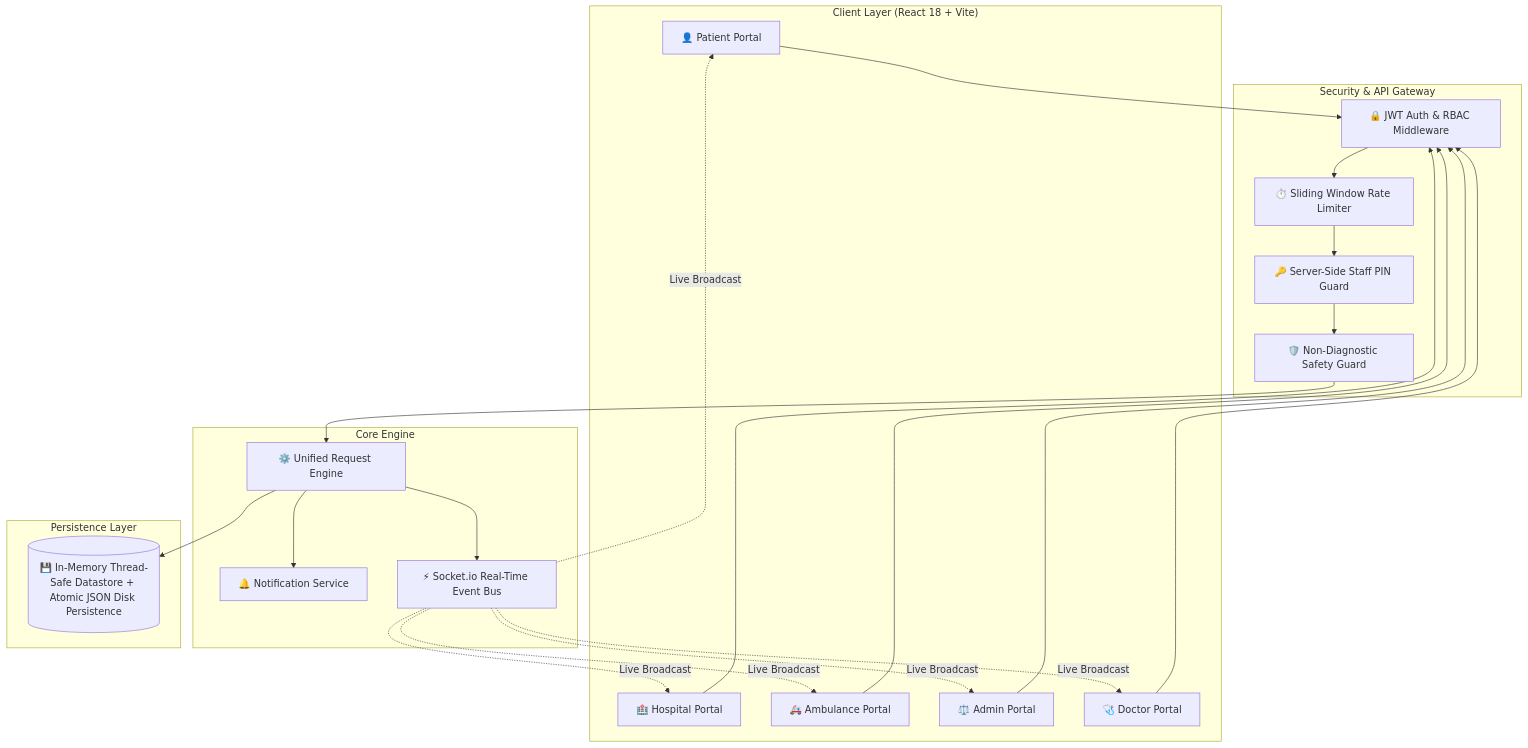
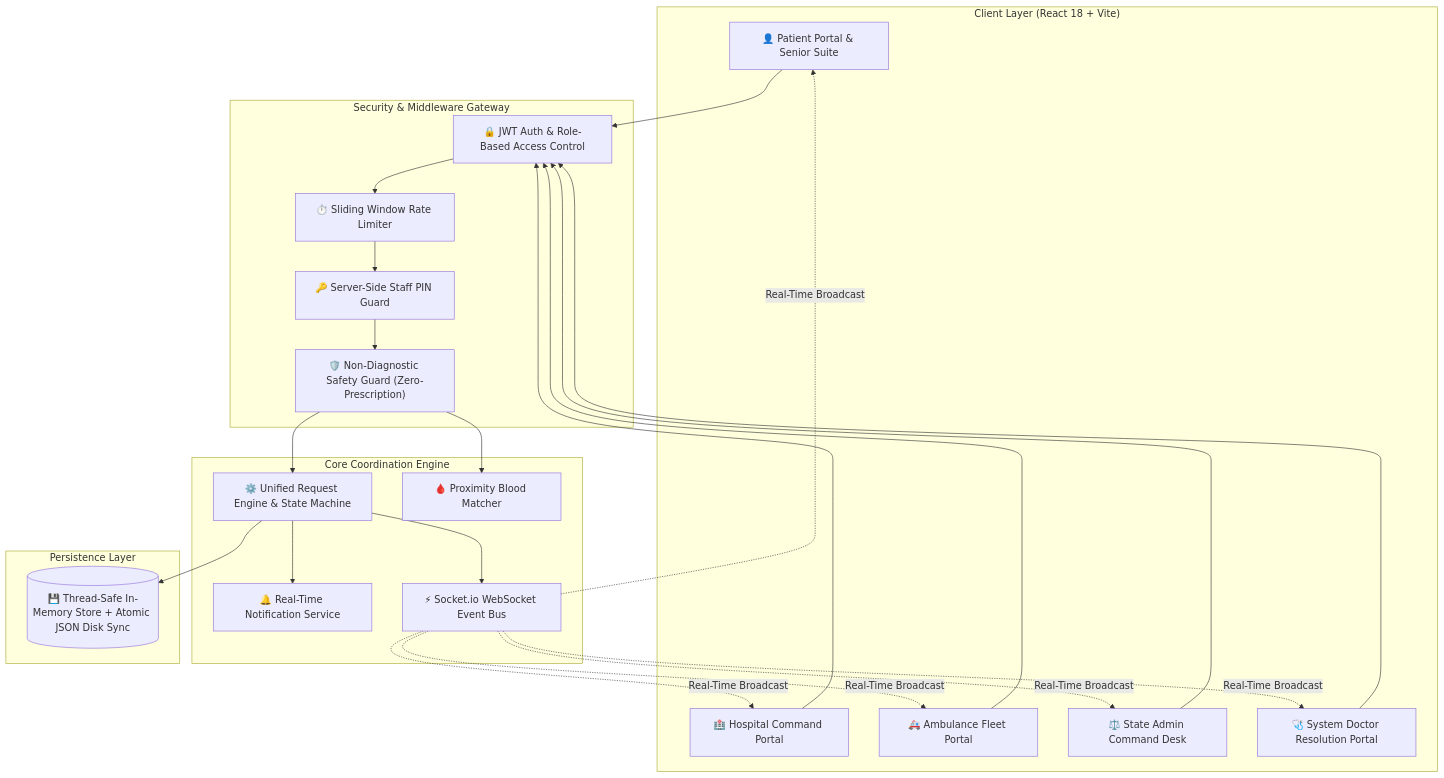
One commit to innocentgaming/FIT-FEST_2026_HACKATHON_medi changed the first of 2 diagrams in README.md. Above: the diagram before and after it, drawn with Mermaid. The commit also changed other lines of this file, not shown here.

Commit message:
Add comprehensive, exhaustive README.md covering architecture, portals, senior care, API reference, security, and deployment

````diff
--- a/README.md
+++ b/README.md
@@ -93,47 +81,49 @@
 ```mermaid
 graph TD
     subgraph Client_Layer ["Client Layer (React 18 + Vite)"]
-        P["👤 Patient Portal"]
-        H["🏥 Hospital Portal"]
-        A["🚑 Ambulance Portal"]
-        AD["⚖️ Admin Portal"]
-        D["🩺 Doctor Portal"]
+        P["👤 Patient Portal & Senior Suite"]
+        H["🏥 Hospital Command Portal"]
+        A["🚑 Ambulance Fleet Portal"]
+        AD["⚖️ State Admin Command Desk"]
+        D["🩺 System Doctor Resolution Portal"]
     end
 
-    subgraph Security_Gateway ["Security & API Gateway"]
-        AUTH["🔒 JWT Auth & RBAC Middleware"]
+    subgraph Security_Gateway ["Security & Middleware Gateway"]
+        AUTH["🔒 JWT Auth & Role-Based Access Control"]
         PIN["🔑 Server-Side Staff PIN Guard"]
         RL["⏱️ Sliding Window Rate Limiter"]
-        SG["🛡️ Non-Diagnostic Safety Guard"]
+        SG["🛡️ Non-Diagnostic Safety Guard (Zero-Prescription)"]
     end
 
-    subgraph Core_Engine ["Core Engine"]
-        RE["⚙️ Unified Request Engine"]
-        NS["🔔 Notification Service"]
-        SE["⚡ Socket.io Real-Time Event Bus"]
+    subgraph Core_Engine ["Core Coordination Engine"]
+        RE["⚙️ Unified Request Engine & State Machine"]
+        NS["🔔 Real-Time Notification Service"]
+        SE["⚡ Socket.io WebSocket Event Bus"]
+        BM["🩸 Proximity Blood Matcher"]
     end
 
     subgraph Persistence_Layer ["Persistence Layer"]
-        DB[("💾 In-Memory Thread-Safe Datastore + Atomic JSON Disk Persistence")]
+        DB[("💾 Thread-Safe In-Memory Store + Atomic JSON Disk Sync")]
     end
 
     P --> AUTH
     H --> AUTH
     A --> AUTH
     AD --> AUTH
     D --> AUTH
 
     AUTH --> RL
     RL --> PIN
     PIN --> SG
     SG --> RE
+    SG --> BM
 
     RE --> DB
     RE --> NS
     RE --> SE
-    SE -.->|Live Broadcast| P
-    SE -.->|Live Broadcast| H
-    SE -.->|Live Broadcast| A
-    SE -.->|Live Broadcast| AD
-    SE -.->|Live Broadcast| D
+    SE -.->|Real-Time Broadcast| P
+    SE -.->|Real-Time Broadcast| H
+    SE -.->|Real-Time Broadcast| A
+    SE -.->|Real-Time Broadcast| AD
+    SE -.->|Real-Time Broadcast| D
 ```
````
